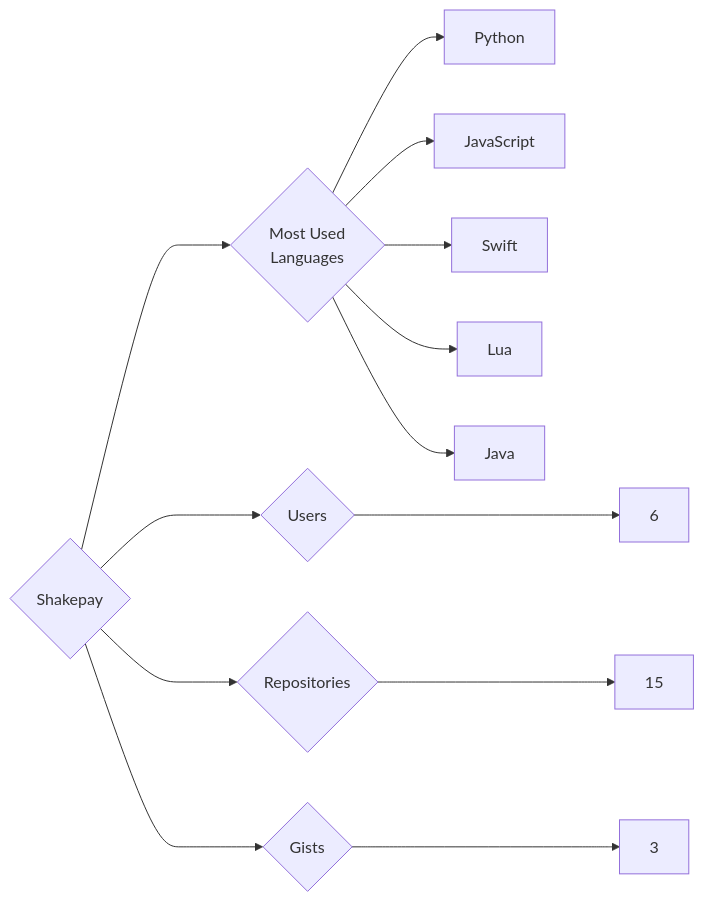
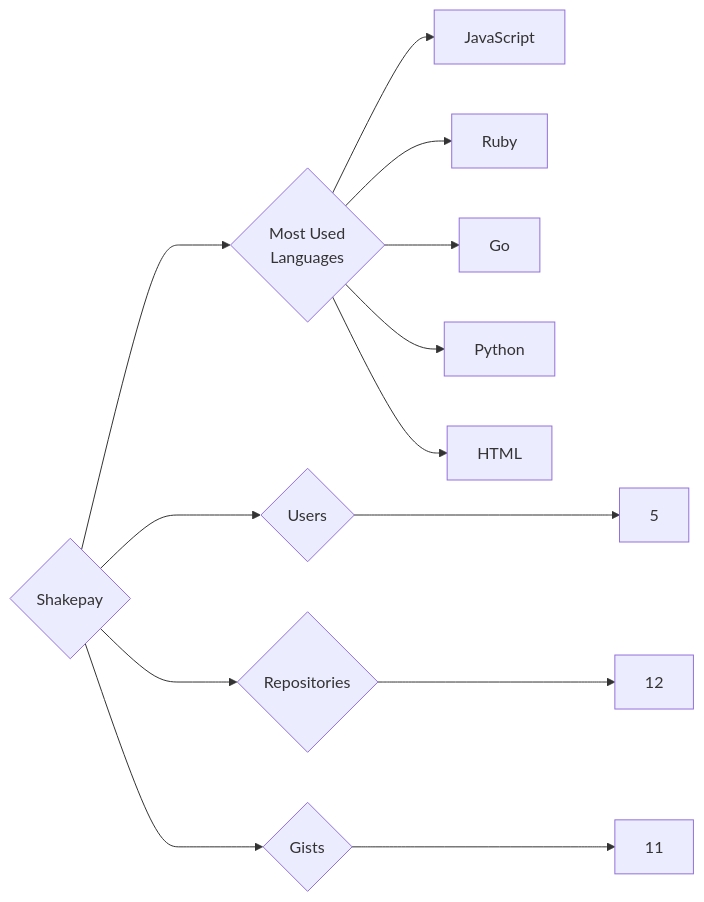
Before and after one commit to trickest/insiders: the diagram in targets/Shakepay/README.md, drawn with Mermaid. The commit also changed 976 other files, not shown here.

````diff
--- a/targets/Shakepay/README.md
+++ b/targets/Shakepay/README.md
@@ -3,13 +3,13 @@
 ```mermaid
 graph LR
 COMPANY_NAME{Shakepay}
-COMPANY_NAME ---> U{Users} ---> UN[6]
-COMPANY_NAME ---> R{Repositories} ---> RN[15]
-COMPANY_NAME ---> G{Gists} ---> GN[3]
+COMPANY_NAME ---> U{Users} ---> UN[5]
+COMPANY_NAME ---> R{Repositories} ---> RN[12]
+COMPANY_NAME ---> G{Gists} ---> GN[11]
 COMPANY_NAME ---> ML{Most Used<br>Languages}
+ML --> JavaScript[JavaScript]
+ML --> Ruby[Ruby]
+ML --> Go[Go]
 ML --> Python[Python]
-ML --> JavaScript[JavaScript]
-ML --> Swift[Swift]
-ML --> Lua[Lua]
-ML --> Java[Java]
+ML --> HTML[HTML]
 ```
````
